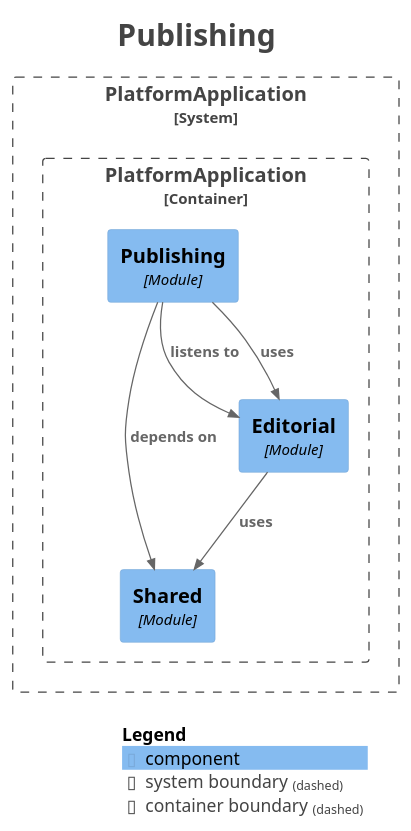
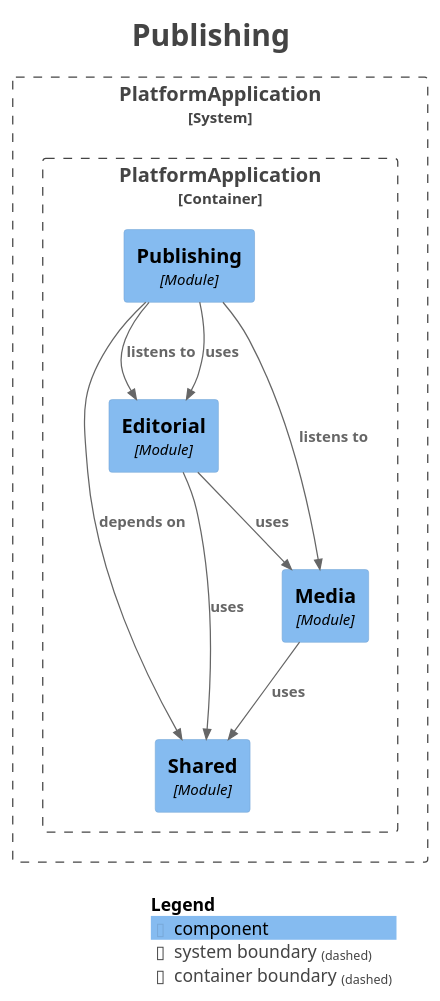
The diagram in docs/modules/module-publishing.puml (Asiman77/HistoryAsAGame), drawn with PlantUML before and after one commit. The commit also changed 16 other files, not shown here.

Commit message:
docs: phase 11 notes, ADR-0017 (media registry) and module docs

```diff
--- a/docs/modules/module-publishing.puml
+++ b/docs/modules/module-publishing.puml
@@ -1,34 +1,38 @@
 @startuml
 title <size:24>Publishing</size>
 
 set separator none
 top to bottom direction
 
 <style>
   root {
     BackgroundColor: #ffffff
     FontColor: #444444
   }
 </style>
 
 !include <C4/C4>
 !include <C4/C4_Context>
 !include <C4/C4_Component>
 
 System_Boundary("PlatformApplication_boundary", "PlatformApplication", $tags="") {
   Container_Boundary("PlatformApplication.PlatformApplication_boundary", "PlatformApplication", $tags="") {
+    Component(PlatformApplication.PlatformApplication.Editorial, "Editorial", $techn="Module", $descr="", $tags="", $link="")
     Component(PlatformApplication.PlatformApplication.Publishing, "Publishing", $techn="Module", $descr="", $tags="", $link="")
     Component(PlatformApplication.PlatformApplication.Shared, "Shared", $techn="Module", $descr="", $tags="", $link="")
-    Component(PlatformApplication.PlatformApplication.Editorial, "Editorial", $techn="Module", $descr="", $tags="", $link="")
+    Component(PlatformApplication.PlatformApplication.Media, "Media", $techn="Module", $descr="", $tags="", $link="")
   }
 
 }
 
+Rel(PlatformApplication.PlatformApplication.Media, PlatformApplication.PlatformApplication.Shared, "uses", $techn="", $tags="", $link="")
 Rel(PlatformApplication.PlatformApplication.Editorial, PlatformApplication.PlatformApplication.Shared, "uses", $techn="", $tags="", $link="")
+Rel(PlatformApplication.PlatformApplication.Editorial, PlatformApplication.PlatformApplication.Media, "uses", $techn="", $tags="", $link="")
 Rel(PlatformApplication.PlatformApplication.Publishing, PlatformApplication.PlatformApplication.Editorial, "listens to", $techn="", $tags="", $link="")
+Rel(PlatformApplication.PlatformApplication.Publishing, PlatformApplication.PlatformApplication.Media, "listens to", $techn="", $tags="", $link="")
 Rel(PlatformApplication.PlatformApplication.Publishing, PlatformApplication.PlatformApplication.Shared, "depends on", $techn="", $tags="", $link="")
 Rel(PlatformApplication.PlatformApplication.Publishing, PlatformApplication.PlatformApplication.Editorial, "uses", $techn="", $tags="", $link="")
 
 SHOW_LEGEND(true)
 hide stereotypes
 @enduml
```
